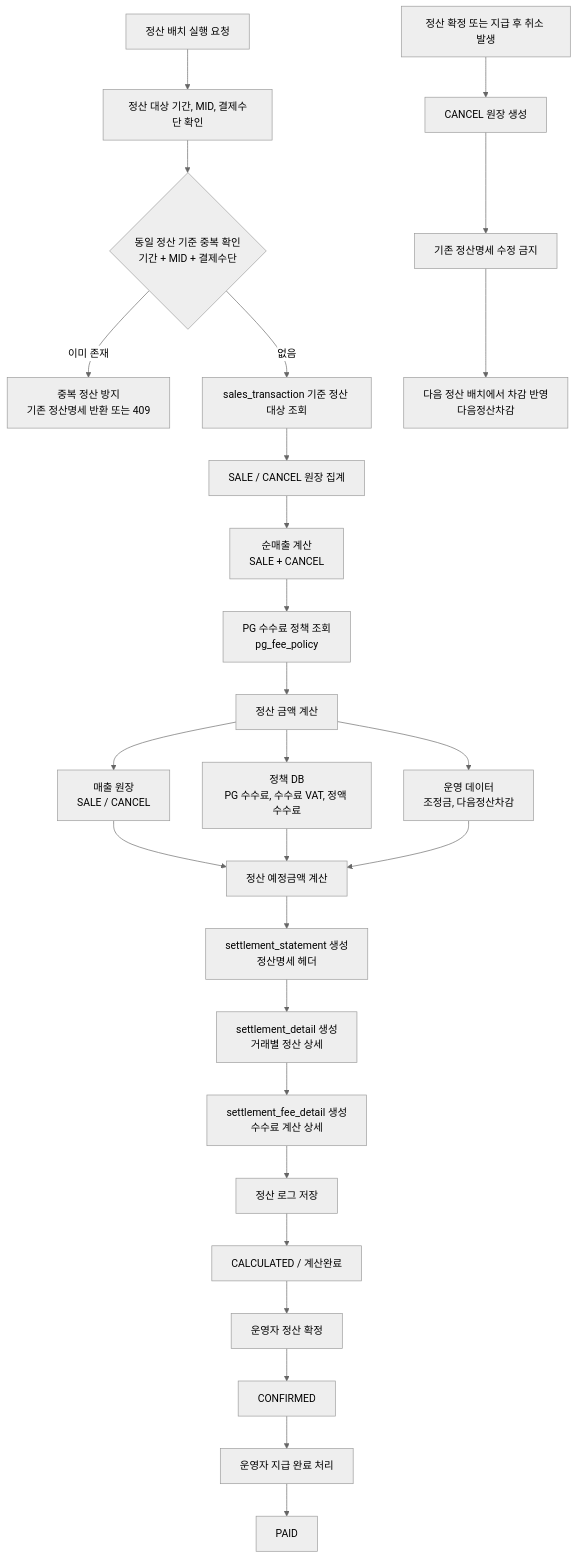
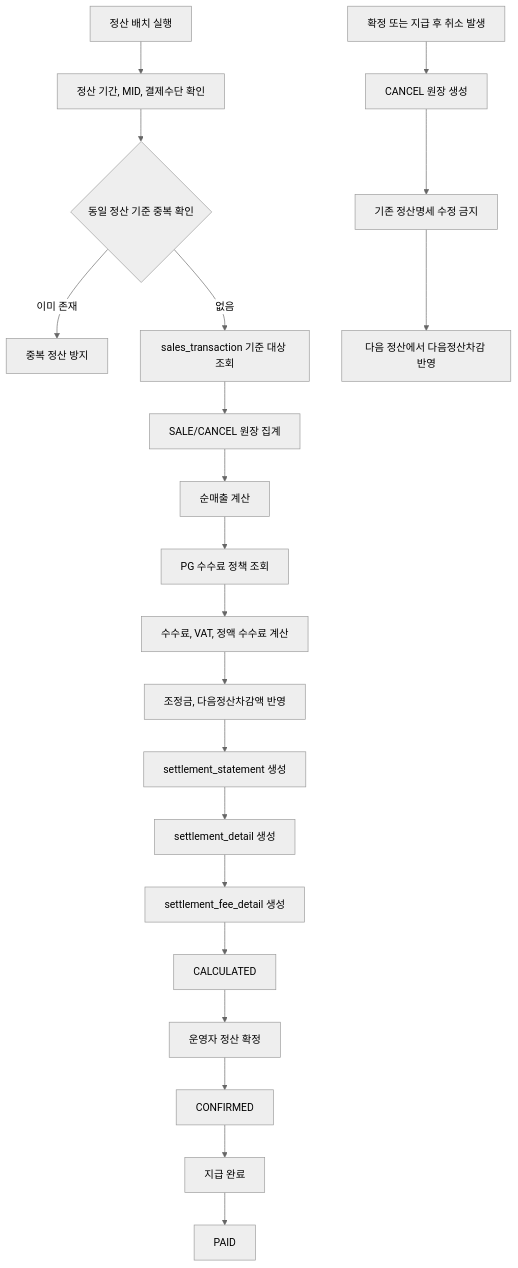
One commit to Yeni924/yeni-backoffice changed the second of 2 diagrams in README.md. Above: the diagram before and after it, drawn with Mermaid (neutral theme). The commit also changed other lines of this file and 11 other files, not shown here.

````diff
--- a/README.md
+++ b/README.md
@@ -117,35 +106,26 @@
 ```mermaid
 flowchart TD
-    A[정산 배치 실행 요청] --> B[정산 대상 기간, MID, 결제수단 확인]
-    B --> C{동일 정산 기준 중복 확인<br/>기간 + MID + 결제수단}
-    C -- 이미 존재 --> C1[중복 정산 방지<br/>기존 정산명세 반환 또는 409]
-    C -- 없음 --> D[sales_transaction 기준 정산 대상 조회]
+    A[정산 배치 실행] --> B[정산 기간, MID, 결제수단 확인]
+    B --> C{동일 정산 기준 중복 확인}
+    C -- 이미 존재 --> C1[중복 정산 방지]
+    C -- 없음 --> D[sales_transaction 기준 대상 조회]
 
-    D --> E[SALE / CANCEL 원장 집계]
-    E --> F[순매출 계산<br/>SALE + CANCEL]
-    F --> G[PG 수수료 정책 조회<br/>pg_fee_policy]
+    D --> E[SALE/CANCEL 원장 집계]
+    E --> F[순매출 계산]
+    F --> G[PG 수수료 정책 조회]
+    G --> H[수수료, VAT, 정액 수수료 계산]
+    H --> I[조정금, 다음정산차감액 반영]
+    I --> J[settlement_statement 생성]
+    J --> K[settlement_detail 생성]
+    K --> L[settlement_fee_detail 생성]
 
-    G --> H[정산 금액 계산]
-    H --> H1[매출 원장<br/>SALE / CANCEL]
-    H --> H2[정책 DB<br/>PG 수수료, 수수료 VAT, 정액 수수료]
-    H --> H3[운영 데이터<br/>조정금, 다음정산차감]
+    L --> M[CALCULATED]
+    M --> N[운영자 정산 확정]
+    N --> O[CONFIRMED]
+    O --> P[지급 완료]
+    P --> Q[PAID]
 
-    H1 --> I[정산 예정금액 계산]
-    H2 --> I
-    H3 --> I
-
-    I --> J[settlement_statement 생성<br/>정산명세 헤더]
-    J --> K[settlement_detail 생성<br/>거래별 정산 상세]
-    K --> L[settlement_fee_detail 생성<br/>수수료 계산 상세]
-    L --> M[정산 로그 저장]
-
-    M --> N[CALCULATED / 계산완료]
-    N --> O[운영자 정산 확정]
-    O --> P[CONFIRMED]
-    P --> Q[운영자 지급 완료 처리]
-    Q --> R[PAID]
-
-    S[정산 확정 또는 지급 후 취소 발생] --> T[CANCEL 원장 생성]
-    T --> U[기존 정산명세 수정 금지]
-    U --> V[다음 정산 배치에서 차감 반영<br/>다음정산차감]
+    R[확정 또는 지급 후 취소 발생] --> S[CANCEL 원장 생성]
+    S --> T[기존 정산명세 수정 금지]
+    T --> U[다음 정산에서 다음정산차감 반영]
 ```
````
